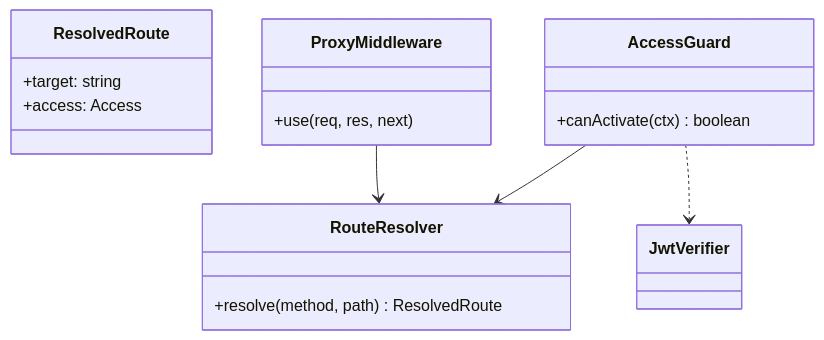
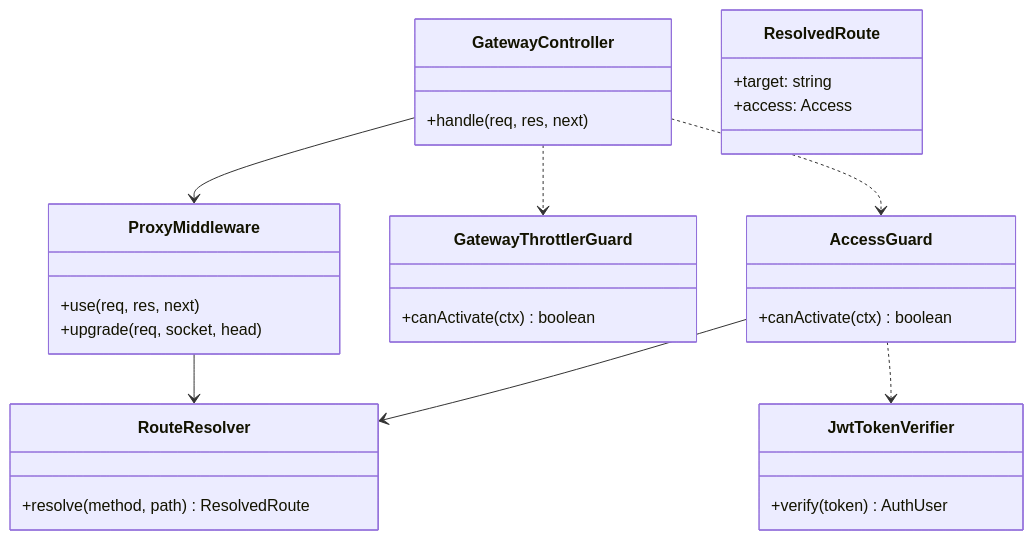
One commit to ITHoangLV/Realestate_Microservice changed the diagram in project-knowledge/design/SHARED/RE.GATEWAY/Component_Class_Design.md. Above: the diagram before and after it, drawn with Mermaid. The commit also changed other lines of this file and 7 other files, not shown here.

````diff
--- a/project-knowledge/design/SHARED/RE.GATEWAY/Component_Class_Design.md
+++ b/project-knowledge/design/SHARED/RE.GATEWAY/Component_Class_Design.md
@@ -30,19 +32,32 @@
 ```mermaid
 classDiagram
+    class GatewayController {
+      +handle(req, res, next)
+    }
     class RouteResolver {
       +resolve(method, path) ResolvedRoute
     }
     class ResolvedRoute {
       +target: string
       +access: Access
     }
     class AccessGuard {
       +canActivate(ctx) boolean
     }
+    class GatewayThrottlerGuard {
+      +canActivate(ctx) boolean
+    }
     class ProxyMiddleware {
       +use(req, res, next)
+      +upgrade(req, socket, head)
     }
+    class JwtTokenVerifier {
+      +verify(token) AuthUser
+    }
+    GatewayController ..> AccessGuard
+    GatewayController ..> GatewayThrottlerGuard
+    GatewayController --> ProxyMiddleware
     AccessGuard --> RouteResolver
     ProxyMiddleware --> RouteResolver
-    AccessGuard ..> JwtVerifier
+    AccessGuard ..> JwtTokenVerifier
 ```
````
